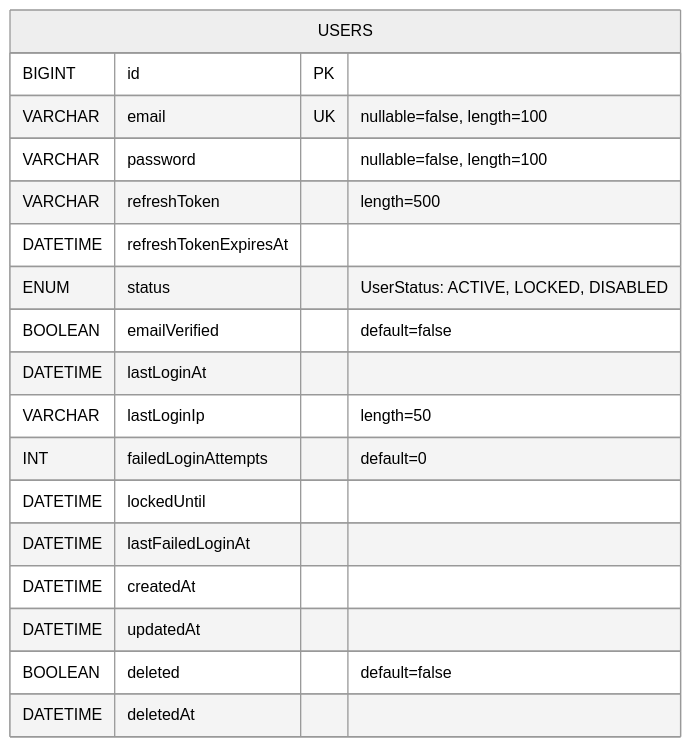
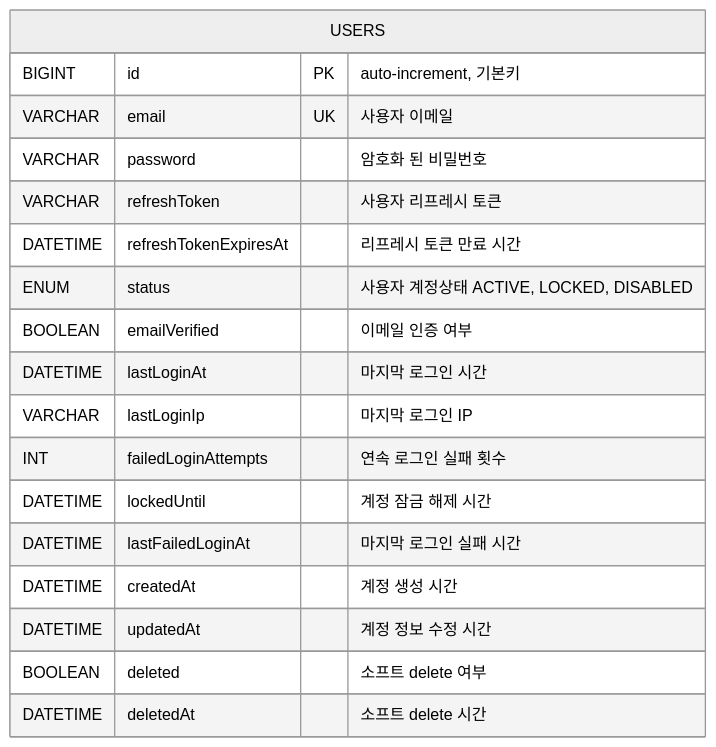
Before and after one commit to maiorem/nsuslab-auth-api: the diagram in docs/erd.md, drawn with Mermaid (neutral theme).

Commit message:
docs: erd 수정

````diff
--- a/docs/erd.md
+++ b/docs/erd.md
@@ -5,21 +5,21 @@
 ```mermaid
 erDiagram
     USERS {
-        BIGINT id PK
-        VARCHAR email UK "nullable=false, length=100"
-        VARCHAR password "nullable=false, length=100" 
-        VARCHAR refreshToken "length=500"
-        DATETIME refreshTokenExpiresAt
-        ENUM status "UserStatus: ACTIVE, LOCKED, DISABLED"
-        BOOLEAN emailVerified "default=false"
-        DATETIME lastLoginAt
-        VARCHAR lastLoginIp "length=50"
-        INT failedLoginAttempts "default=0"
-        DATETIME lockedUntil
-        DATETIME lastFailedLoginAt
-        DATETIME createdAt
-        DATETIME updatedAt
-        BOOLEAN deleted "default=false"
-        DATETIME deletedAt
+        BIGINT id PK "auto-increment, 기본키"
+        VARCHAR email UK "사용자 이메일"
+        VARCHAR password "암호화 된 비밀번호" 
+        VARCHAR refreshToken "사용자 리프레시 토큰"
+        DATETIME refreshTokenExpiresAt "리프레시 토큰 만료 시간"
+        ENUM status "사용자 계정상태 ACTIVE, LOCKED, DISABLED"
+        BOOLEAN emailVerified "이메일 인증 여부"
+        DATETIME lastLoginAt "마지막 로그인 시간"
+        VARCHAR lastLoginIp "마지막 로그인 IP"
+        INT failedLoginAttempts "연속 로그인 실패 횟수"
+        DATETIME lockedUntil "계정 잠금 해제 시간"
+        DATETIME lastFailedLoginAt "마지막 로그인 실패 시간"
+        DATETIME createdAt "계정 생성 시간"
+        DATETIME updatedAt "계정 정보 수정 시간"
+        BOOLEAN deleted "소프트 delete 여부"
+        DATETIME deletedAt "소프트 delete 시간"
     }
 ```
````
